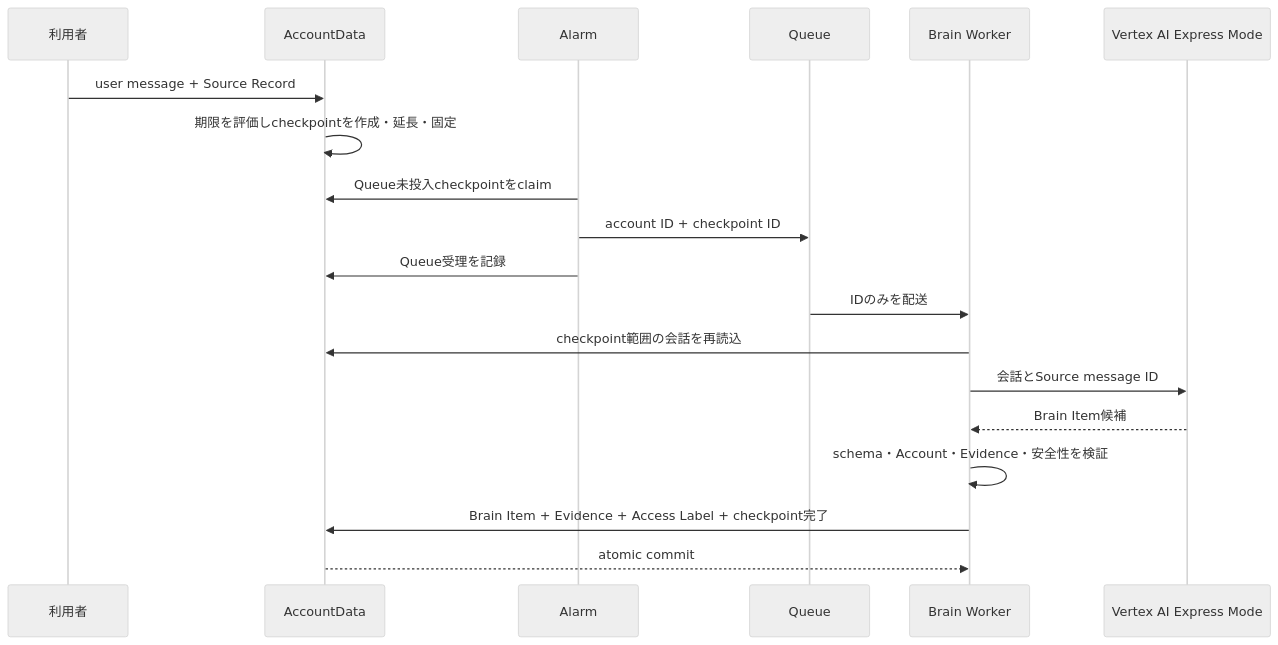
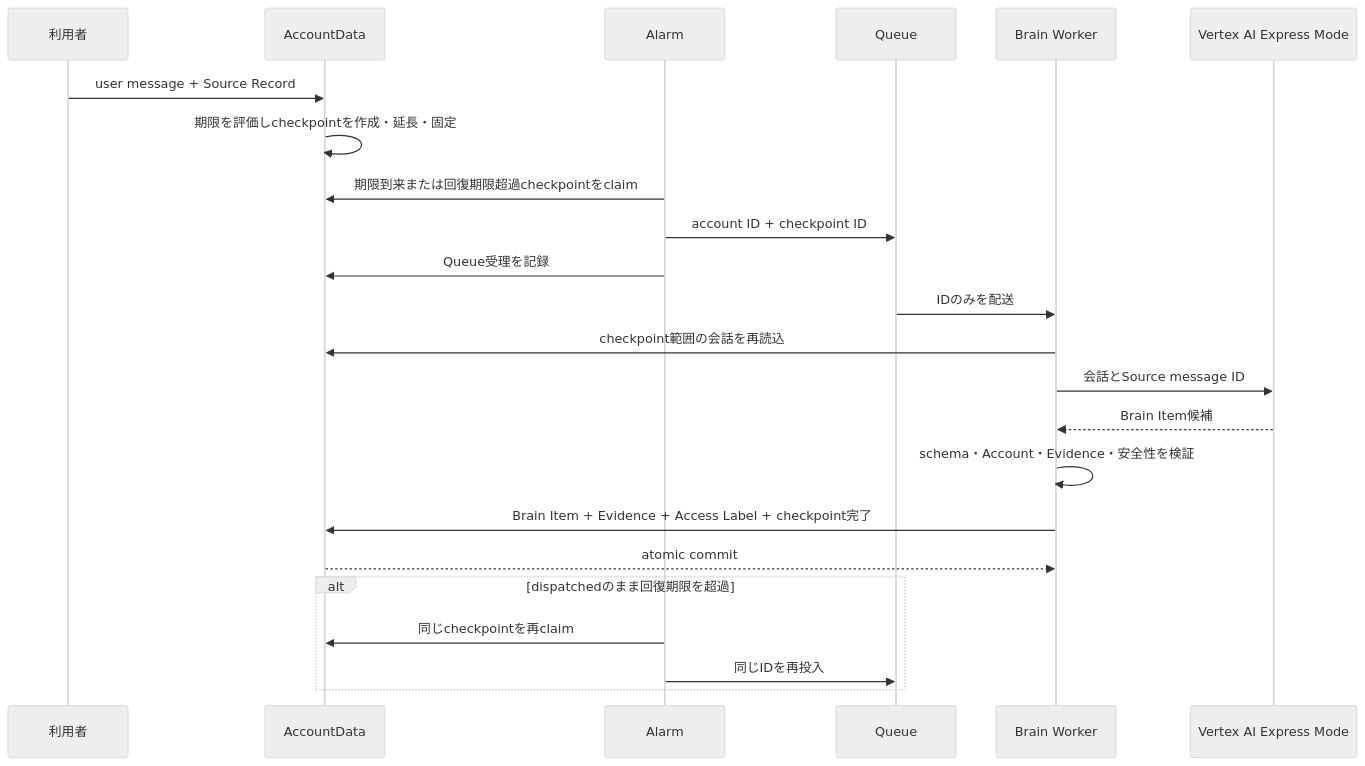
One commit to kkyosuke/me-builder changed the fourth of 4 diagrams in docs/domain/brain/brain-item-generation-design.md. Above: the diagram before and after it, drawn with Mermaid (neutral theme). The commit also changed other lines of this file and 5 other files, not shown here.

````diff
--- a/docs/domain/brain/brain-item-generation-design.md
+++ b/docs/domain/brain/brain-item-generation-design.md
@@ -310,22 +310,26 @@
 ```mermaid
 sequenceDiagram
     participant U as 利用者
     participant AD as AccountData
     participant A as Alarm
     participant Q as Queue
     participant W as Brain Worker
     participant AI as Vertex AI Express Mode
 
     U->>AD: user message + Source Record
     AD->>AD: 期限を評価しcheckpointを作成・延長・固定
-    A->>AD: Queue未投入checkpointをclaim
+    A->>AD: 期限到来または回復期限超過checkpointをclaim
     A->>Q: account ID + checkpoint ID
     A->>AD: Queue受理を記録
     Q->>W: IDのみを配送
     W->>AD: checkpoint範囲の会話を再読込
     W->>AI: 会話とSource message ID
     AI-->>W: Brain Item候補
     W->>W: schema・Account・Evidence・安全性を検証
     W->>AD: Brain Item + Evidence + Access Label + checkpoint完了
     AD-->>W: atomic commit
+    alt dispatchedのまま回復期限を超過
+        A->>AD: 同じcheckpointを再claim
+        A->>Q: 同じIDを再投入
+    end
 ```
````
